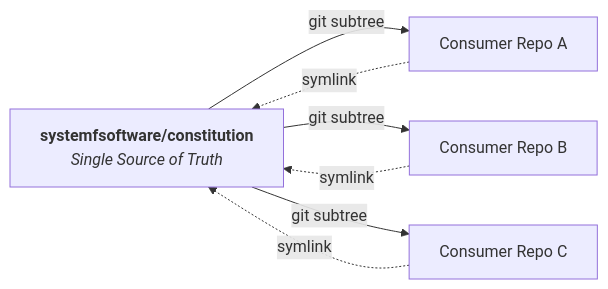
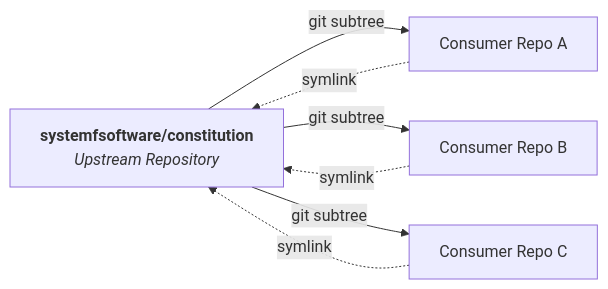
One commit to systemfsoftware-maker/constitution changed the diagram in README.md. Above: the diagram before and after it, drawn with Mermaid. The commit also changed other lines of this file, not shown here.

````diff
--- a/README.md
+++ b/README.md
@@ -11,9 +11,9 @@
 ```mermaid
 flowchart LR
-    S["<b>systemfsoftware/constitution</b><br><i>Single Source of Truth</i>"] -->|git subtree| A[Consumer Repo A]
+    S["<b>systemfsoftware/constitution</b><br><i>Upstream Repository</i>"] -->|git subtree| A[Consumer Repo A]
     S -->|git subtree| B[Consumer Repo B]
     S -->|git subtree| C[Consumer Repo C]
     A -.symlink.-> S
     B -.symlink.-> S
     C -.symlink.-> S
 ```
````
